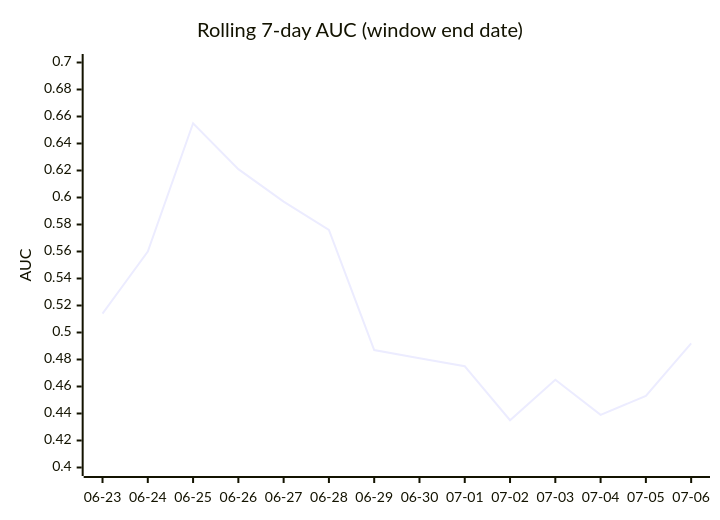
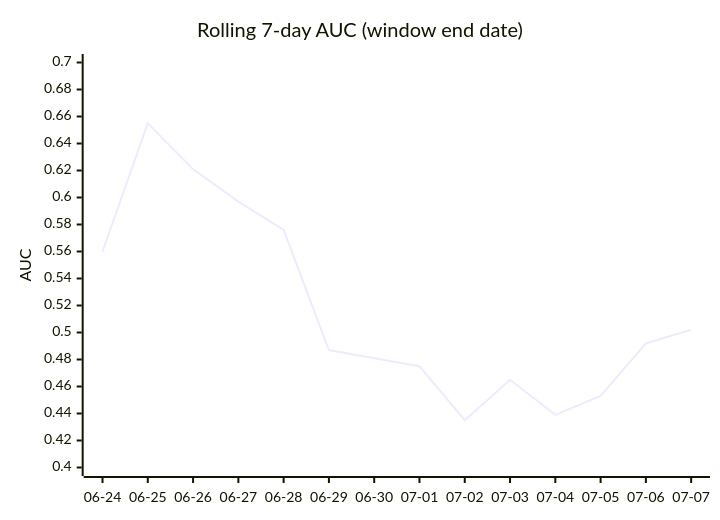
One commit to dpk1212/nhl-savant changed the fourth of 5 diagrams in DAILY_AGSU_REPORT.md. Above: the diagram before and after it, drawn with Mermaid. The commit also changed other lines of this file, not shown here.

````diff
--- a/DAILY_AGSU_REPORT.md
+++ b/DAILY_AGSU_REPORT.md
@@ -539,7 +540,7 @@
 ```mermaid
 xychart-beta
     title "Rolling 7-day AUC (window end date)"
-    x-axis ["06-23", "06-24", "06-25", "06-26", "06-27", "06-28", "06-29", "06-30", "07-01", "07-02", "07-03", "07-04", "07-05", "07-06"]
+    x-axis ["06-24", "06-25", "06-26", "06-27", "06-28", "06-29", "06-30", "07-01", "07-02", "07-03", "07-04", "07-05", "07-06", "07-07"]
     y-axis "AUC" 0.4 --> 0.7
-    line [0.514, 0.56, 0.655, 0.621, 0.597, 0.576, 0.487, 0.481, 0.475, 0.435, 0.465, 0.439, 0.453, 0.492]
+    line [0.56, 0.655, 0.621, 0.597, 0.576, 0.487, 0.481, 0.475, 0.435, 0.465, 0.439, 0.453, 0.492, 0.502]
 ```
````
